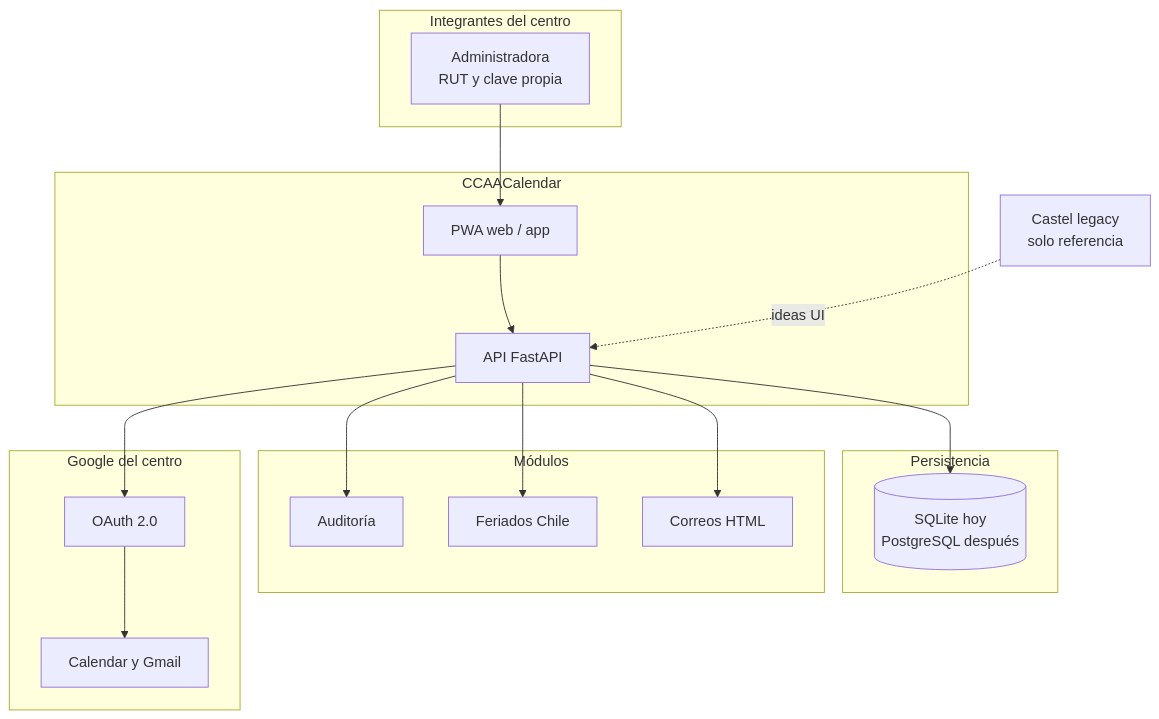
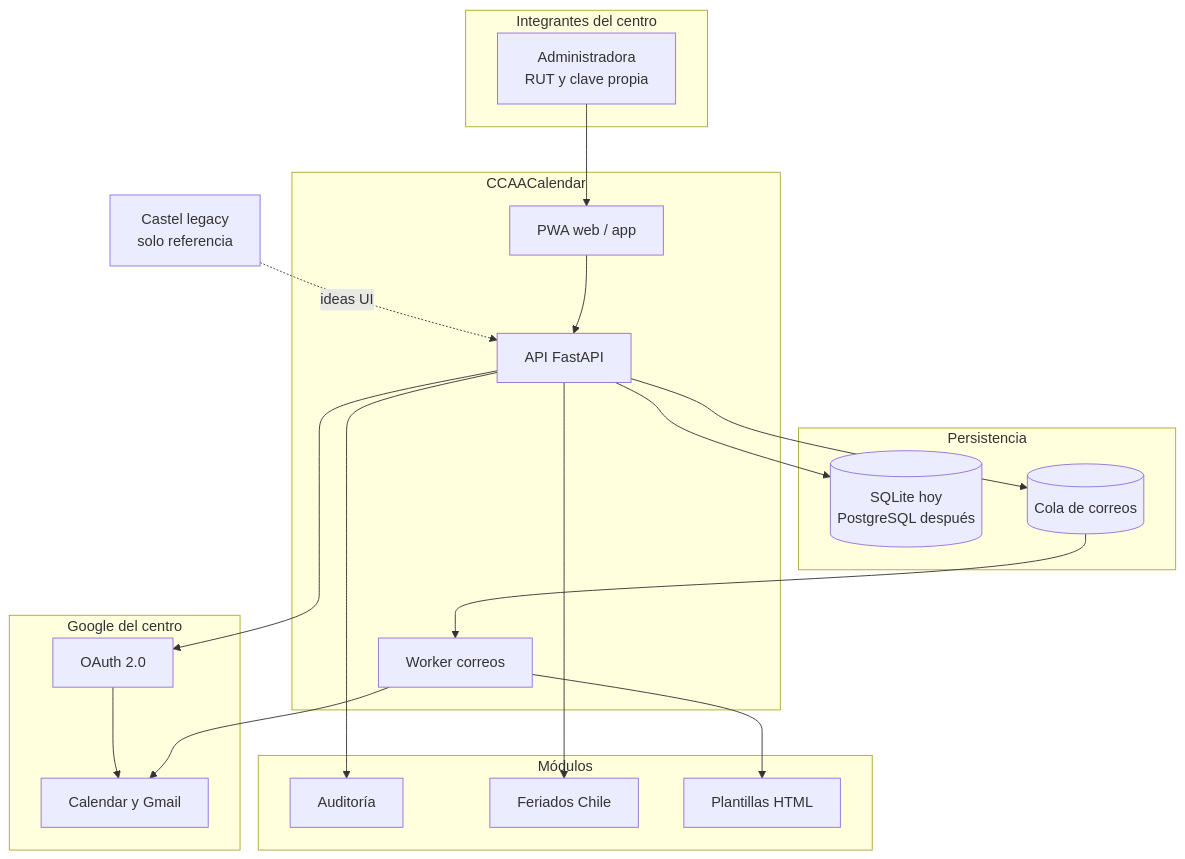
One commit to JackStar6677-1/CCAACalendar changed the seventh of 16 diagrams in README.md. Above: the diagram before and after it, drawn with Mermaid. The commit also changed other lines of this file, not shown here.

First line of the commit message:
docs: README con diagramas Mermaid autoexplicativos

````diff
--- a/README.md
+++ b/README.md
@@ -99,36 +156,39 @@
 ```mermaid
 flowchart TB
     subgraph usuarias ["Integrantes del centro"]
         Admin["Administradora\nRUT y clave propia"]
     end
 
     subgraph ccaa ["CCAACalendar"]
         Web["PWA web / app"]
         API["API FastAPI"]
+        Worker["Worker correos"]
     end
 
     subgraph persistencia ["Persistencia"]
         DB[(SQLite hoy\nPostgreSQL después)]
+        Queue[(Cola de correos)]
     end
 
     subgraph modulos ["Módulos"]
         Audit["Auditoría"]
         Holidays["Feriados Chile"]
-        Mail["Correos HTML"]
+        Mail["Plantillas HTML"]
     end
 
     subgraph gce ["Google del centro"]
         OAuth["OAuth 2.0"]
         Cal["Calendar y Gmail"]
     end
 
     Legacy["Castel legacy\nsolo referencia"]
 
     Admin --> Web --> API
     API --> DB
+    API --> Queue --> Worker --> Mail
+    Worker --> Cal
     API --> Audit
     API --> Holidays
-    API --> Mail
     API --> OAuth --> Cal
     Legacy -.->|ideas UI| API
 ```
````
